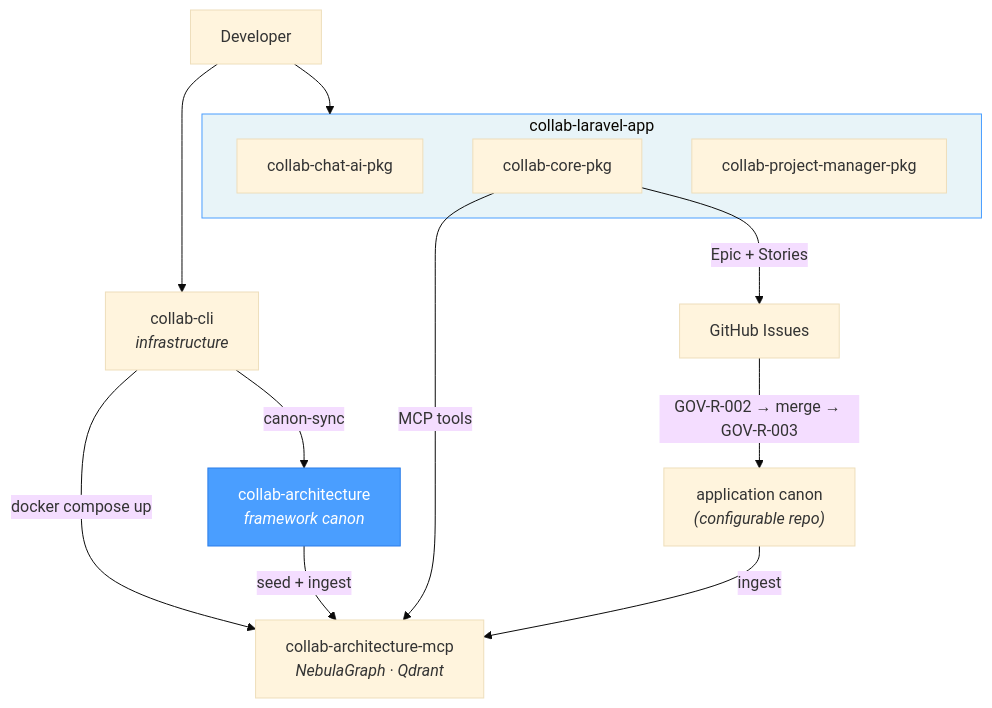
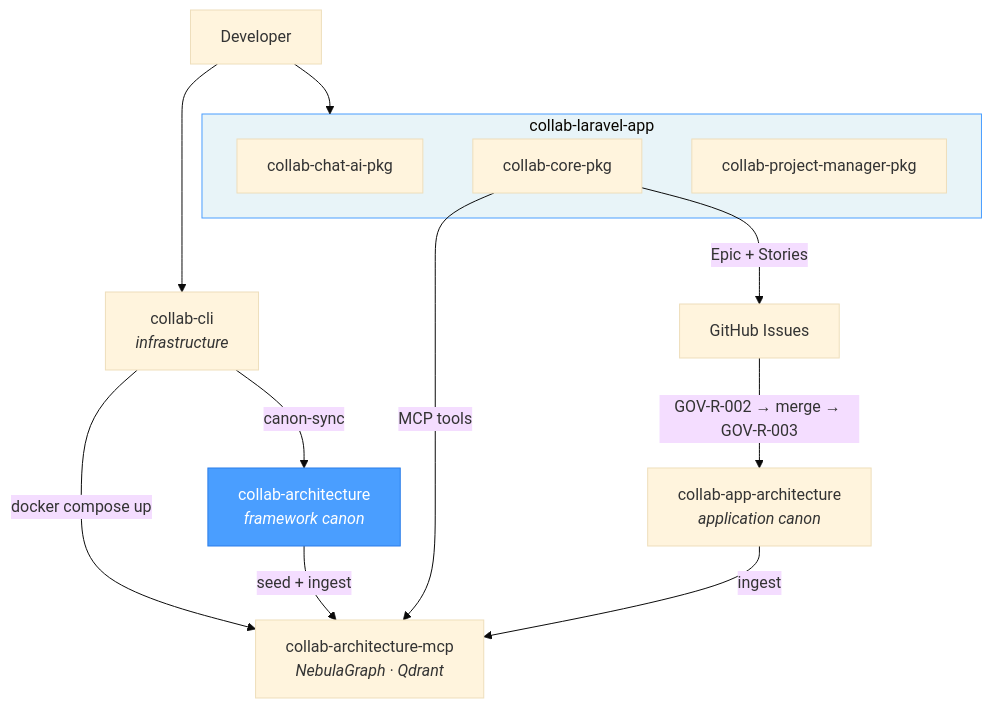
Before and after one commit to uxmaltech/collab-architecture: the diagram in README.md, drawn with Mermaid (base theme). The commit also changed other lines of this file, not shown here.

Commit message:
docs: standardize ecosystem diagram and table with all 8 repos

````diff
--- a/README.md
+++ b/README.md
@@ -16,24 +16,24 @@
 ```mermaid
 graph TD
     DEV[Developer] --> CLI[collab-cli<br><i>infrastructure</i>]
 
     subgraph APP["collab-laravel-app"]
         CHAT[collab-chat-ai-pkg]
         CORE[collab-core-pkg]
         PM[collab-project-manager-pkg]
     end
 
     DEV --> APP
 
     CLI -- canon-sync --> CA[collab-architecture<br><i>framework canon</i>]
     CLI -- docker compose up --> MCP[collab-architecture-mcp<br><i>NebulaGraph · Qdrant</i>]
     CA -- seed + ingest --> MCP
 
     CORE -- MCP tools --> MCP
     CORE -- "Epic + Stories" --> GH[GitHub Issues]
-    GH -- "GOV-R-002 → merge → GOV-R-003" --> BCA["application canon<br><i>(configurable repo)</i>"]
+    GH -- "GOV-R-002 → merge → GOV-R-003" --> BCA[collab-app-architecture<br><i>application canon</i>]
     BCA -- ingest --> MCP
 
     style CA fill:#4a9eff,stroke:#2b7de9,color:#fff
     style APP fill:#e8f4f8,stroke:#4a9eff
 ```
````
